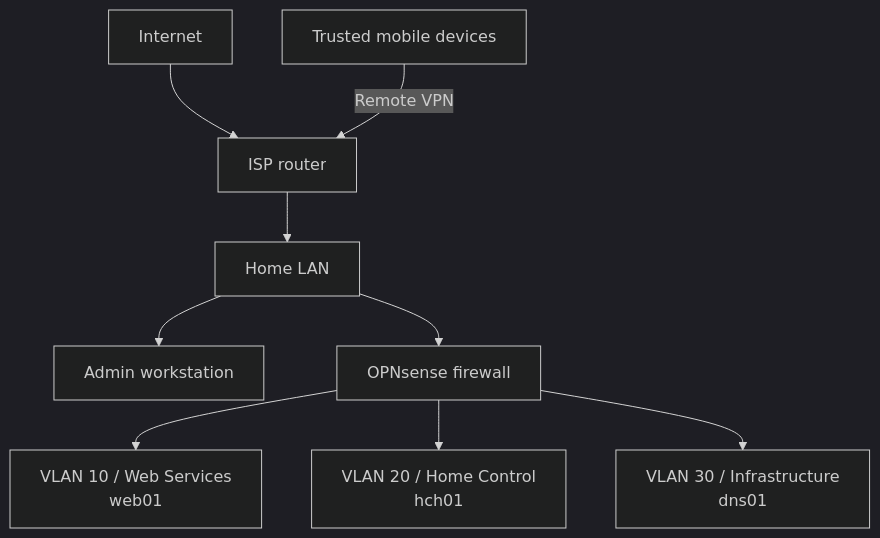
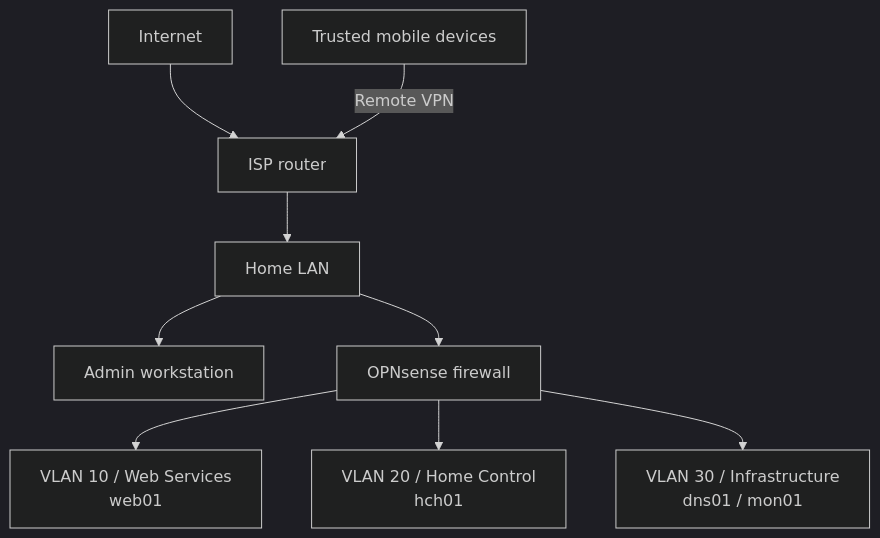
The first of 2 diagrams in docs/network-topology.md (repo-sudo/infrastructure-portfolio), drawn with Mermaid (dark theme) before and after one commit. The commit also changed other lines of this file, not shown here.

````diff
--- a/docs/network-topology.md
+++ b/docs/network-topology.md
@@ -7,11 +7,11 @@
 ```mermaid
 flowchart TB
     internet["Internet"] --> router["ISP router"]
     mobile["Trusted mobile devices"] -->|Remote VPN| router
     router --> home["Home LAN"]
     home --> admin["Admin workstation"]
     home --> firewall["OPNsense firewall"]
     firewall --> web["VLAN 10 / Web Services<br/>web01"]
     firewall --> control["VLAN 20 / Home Control<br/>hch01"]
-    firewall --> infra["VLAN 30 / Infrastructure<br/>dns01"]
+    firewall --> infra["VLAN 30 / Infrastructure<br/>dns01 / mon01"]
 ```
````
